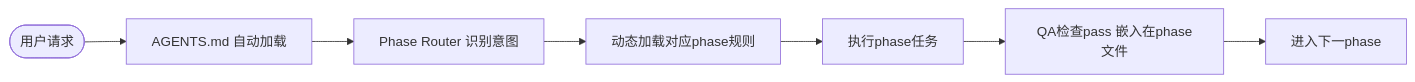
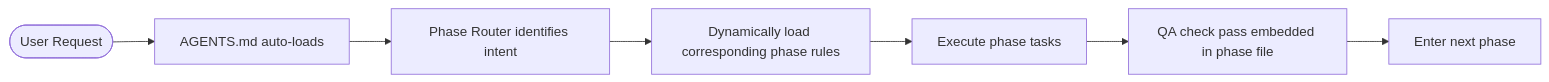
The diagram in .spec-rules/README.md (jianyun8023/PDPI-spec), drawn with Mermaid before and after one commit. The commit also changed other lines of this file and 10 other files, not shown here.

First line of the commit message:
refactor: update AGENTS.md and .spec-rules documentation for clarity and consistency

````diff
--- a/.spec-rules/README.md
+++ b/.spec-rules/README.md
@@ -97,9 +96,9 @@
 ```mermaid
 graph LR
-    Start([用户请求]) --> Auto[AGENTS.md 自动加载]
-    Auto --> Router[Phase Router 识别意图]
-    Router --> Load[动态加载对应phase规则]
-    Load --> Execute[执行phase任务]
-    Execute --> QA[QA检查pass 嵌入在phase文件]
-    QA --> Next[进入下一phase]
+    Start([User Request]) --> Auto[AGENTS.md auto-loads]
+    Auto --> Router[Phase Router identifies intent]
+    Router --> Load[Dynamically load corresponding phase rules]
+    Load --> Execute[Execute phase tasks]
+    Execute --> QA[QA check pass embedded in phase file]
+    QA --> Next[Enter next phase]
 ```
````
